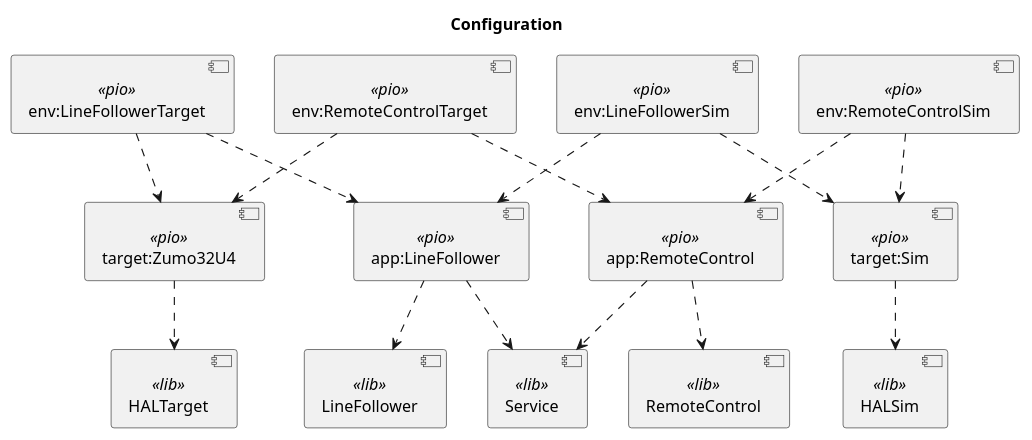
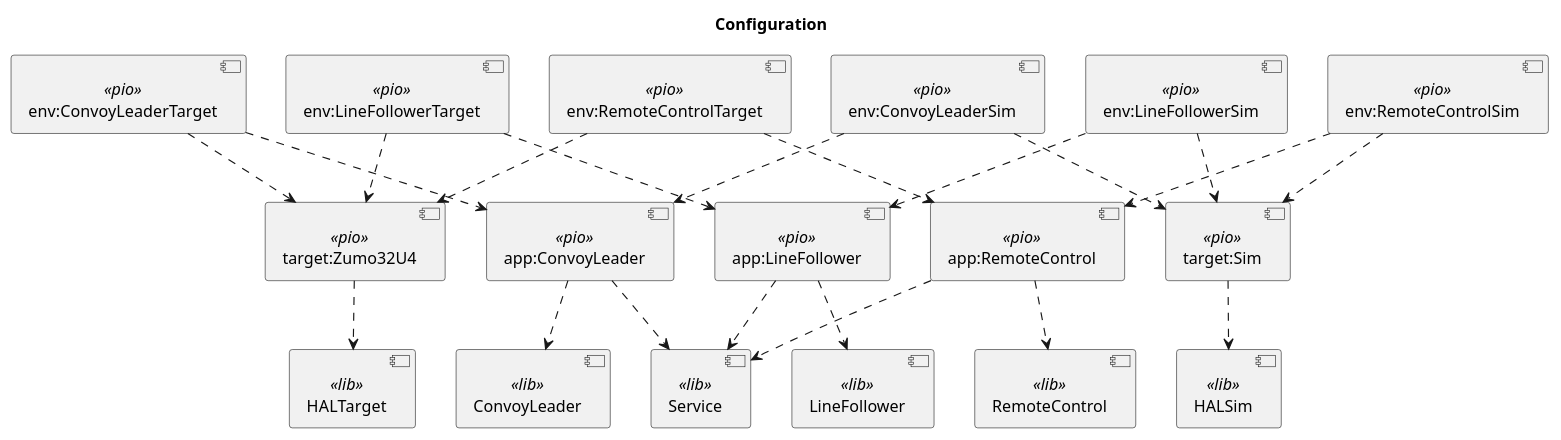
One commit to BlueAndi/RadonUlzer changed the diagram in doc/configuration/uml/configuration.plantuml. Above: the diagram before and after it, drawn with PlantUML. The commit also changed 2 other files, not shown here.

Commit message:
Documentation updated for ConvoyLeader application.

```diff
--- a/doc/configuration/uml/configuration.plantuml
+++ b/doc/configuration/uml/configuration.plantuml
@@ -1,44 +1,57 @@
 @startuml
 
 title Configuration
+
+component "env:ConvoyLeaderTarget" <<pio>> as envConvoyLeader
+component "env:ConvoyLeaderSim" <<pio>> as envConvoyLeaderSim
 
 component "env:LineFollowerTarget" <<pio>> as envLineFollower
 component "env:LineFollowerSim" <<pio>> as envLineFollowerSim
 
 component "env:RemoteControlTarget" <<pio>> as envRemoteControl
 component "env:RemoteControlSim" <<pio>> as envRemoteControlSim
 
+component "app:ConvoyLeader" <<pio>> as appConvoyLeader
 component "app:LineFollower" <<pio>> as appLineFollower
 component "app:RemoteControl" <<pio>> as appRemoteControl
 
+component "ConvoyLeader" <<lib>> as convoyLeader
 component "LineFollower" <<lib>> as lineFollower
 component "RemoteControl" <<lib>> as remoteControl
 component "Service" <<lib>> as service
 
 component "target:Zumo32U4" <<pio>> as targetZumo
 component "target:Sim" <<pio>> as targetSim
 
 component "HALTarget" <<lib>> as halTarget
 component "HALSim" <<lib>> as halSim
+
+envConvoyLeader ..> appConvoyLeader
+envConvoyLeader ..> targetZumo
+
+envConvoyLeaderSim ..> appConvoyLeader
+envConvoyLeaderSim ..> targetSim
 
 envLineFollower ..> appLineFollower
 envLineFollower ..> targetZumo
 
 envLineFollowerSim ..> appLineFollower
 envLineFollowerSim ..> targetSim
 
 envRemoteControl ..> appRemoteControl
 envRemoteControl ..> targetZumo
 
 envRemoteControlSim ..> appRemoteControl
 envRemoteControlSim ..> targetSim
 
+appConvoyLeader ..> convoyLeader
+appConvoyLeader ..> service
 appLineFollower ..> lineFollower
 appLineFollower ..> service
 appRemoteControl ..> remoteControl
 appRemoteControl ..> service
 
 targetZumo ..> halTarget
 targetSim ..> halSim
 
 @enduml
```
